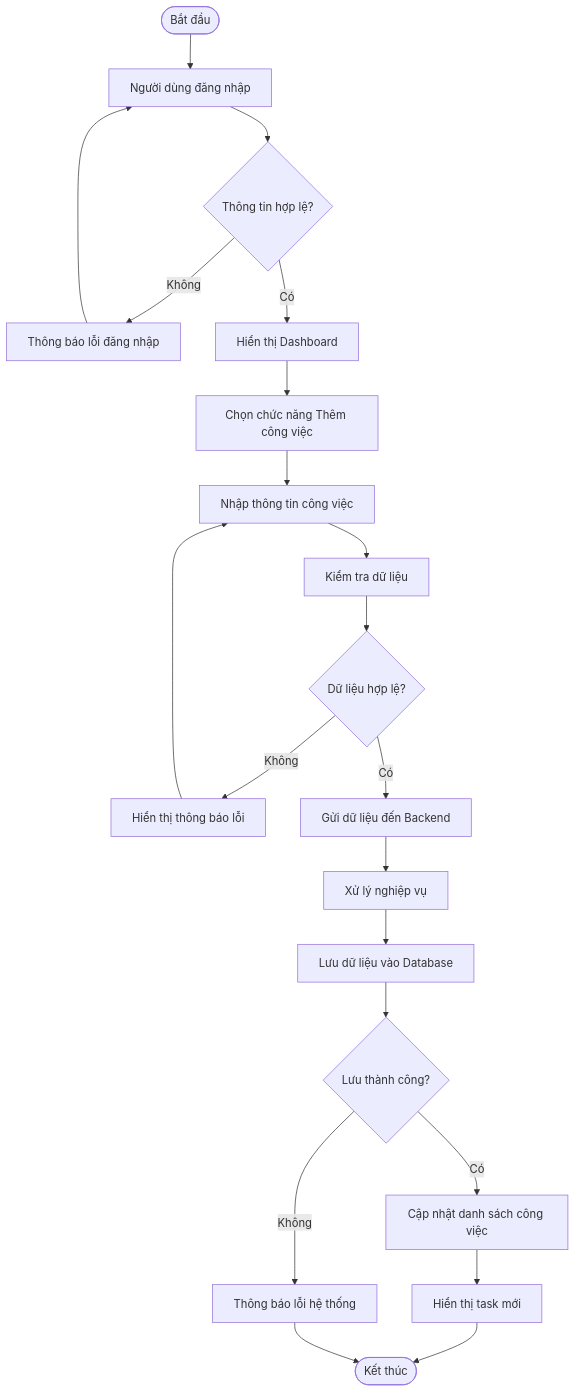
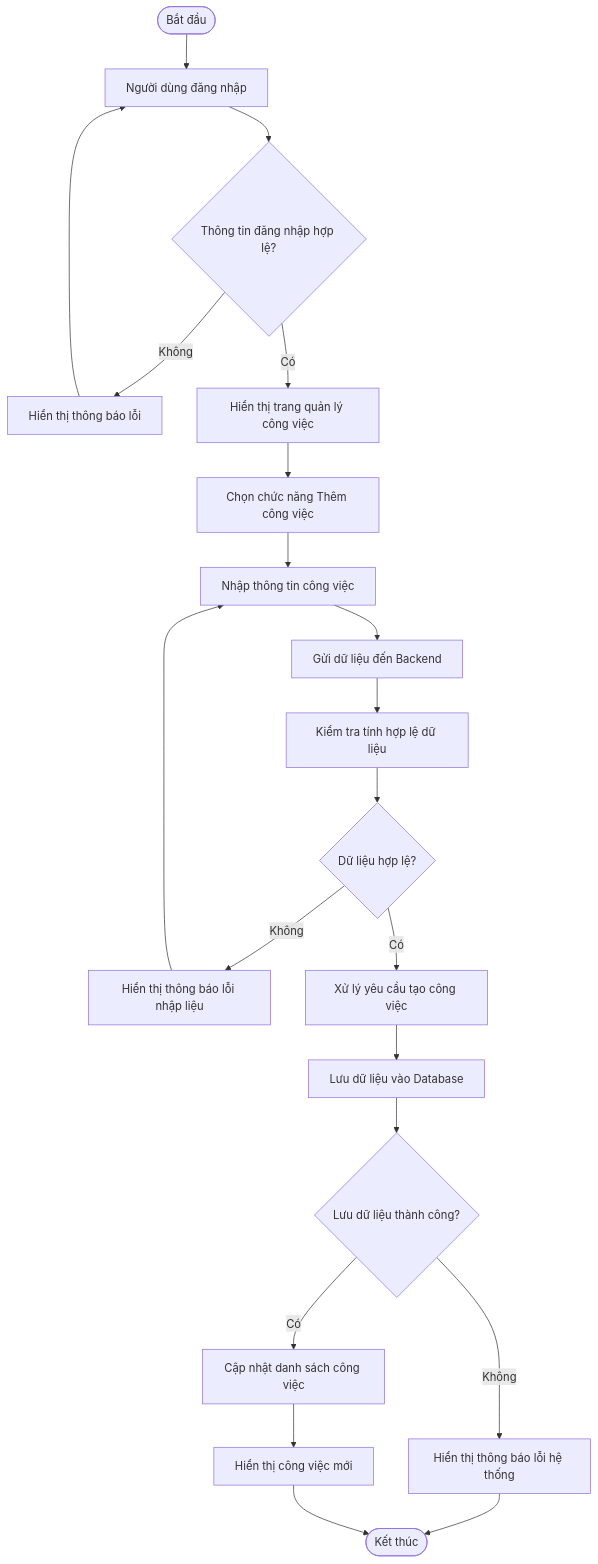
Before and after one commit to anhngocto-prog/He-thong-quan-ly-va-theo-doi-tien-do-cong-viec-ca-nhan: the second of 4 diagrams in ANALYSIS.md, drawn with Mermaid. The commit also changed other lines of this file, not shown here.

````diff
--- a/ANALYSIS.md
+++ b/ANALYSIS.md
@@ -175,43 +375,42 @@
 ```mermaid
 flowchart TD
 
     A([Bắt đầu])
 
     A --> B[Người dùng đăng nhập]
 
-    B --> C{Thông tin hợp lệ?}
+    B --> C{Thông tin đăng nhập hợp lệ?}
 
-    C -- Không --> D[Thông báo lỗi đăng nhập]
+    C -- Không --> D[Hiển thị thông báo lỗi]
     D --> B
 
-    C -- Có --> E[Hiển thị Dashboard]
+    C -- Có --> E[Hiển thị trang quản lý công việc]
 
     E --> F[Chọn chức năng Thêm công việc]
 
     F --> G[Nhập thông tin công việc]
 
-    G --> H[Kiểm tra dữ liệu]
+    G --> H[Gửi dữ liệu đến Backend]
 
-    H --> I{Dữ liệu hợp lệ?}
+    H --> I[Kiểm tra tính hợp lệ dữ liệu]
 
-    I -- Không --> J[Hiển thị thông báo lỗi]
-    J --> G
+    I --> J{Dữ liệu hợp lệ?}
 
-    I -- Có --> K[Gửi dữ liệu đến Backend]
+    J -- Không --> K[Hiển thị thông báo lỗi nhập liệu]
+    K --> G
 
-    K --> L[Xử lý nghiệp vụ]
+    J -- Có --> L[Xử lý yêu cầu tạo công việc]
 
     L --> M[Lưu dữ liệu vào Database]
 
-    M --> N{Lưu thành công?}
+    M --> N{Lưu dữ liệu thành công?}
 
-    N -- Không --> O[Thông báo lỗi hệ thống]
+    N -- Không --> O[Hiển thị thông báo lỗi hệ thống]
+    O --> R([Kết thúc])
 
     N -- Có --> P[Cập nhật danh sách công việc]
 
-    P --> Q[Hiển thị task mới]
+    P --> Q[Hiển thị công việc mới]
 
     Q --> R([Kết thúc])
-
-    O --> R
 ```
````
